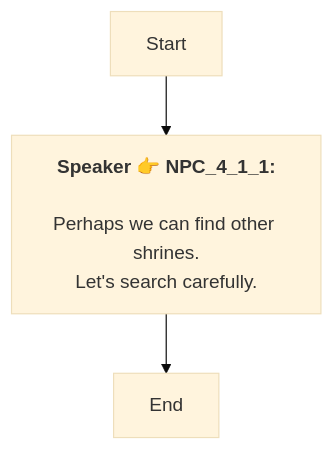
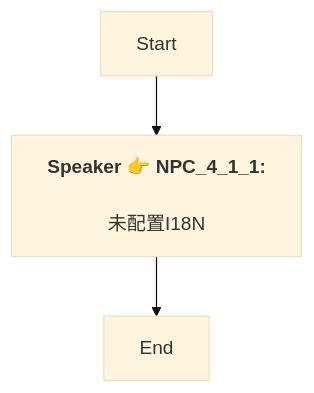
One commit to SoftHu/tos_avg changed the diagram in En/QuestApproachDialogNode_1738527676189808.md. Above: the diagram before and after it, drawn with Mermaid (base theme). The commit also changed 780 other files, not shown here.

````diff
--- a/En/QuestApproachDialogNode_1738527676189808.md
+++ b/En/QuestApproachDialogNode_1738527676189808.md
@@ -1,8 +1,7 @@
 ```mermaid
 graph
 Start -->1738527893680243[<b>Speaker 👉 NPC_4_1_1:</b>
-\nPerhaps we can find other shrines.
-Let's search carefully.]
+\n未配置I18N]
 1738527893680243 -->1738527895807092[End]
 
 ```
````
